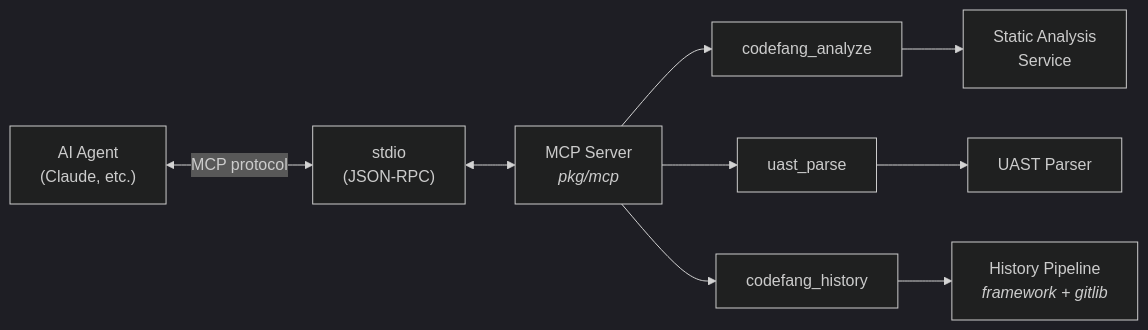
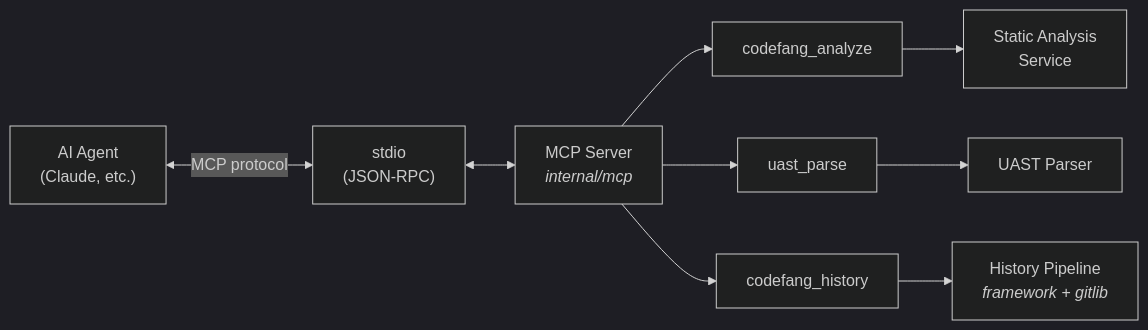
The diagram in site/integrations/mcp.md (Sumatoshi-tech/codefang), drawn with Mermaid (dark theme) before and after one commit. The commit also changed 1055 other files, not shown here.

````diff
--- a/site/integrations/mcp.md
+++ b/site/integrations/mcp.md
@@ -330,19 +330,19 @@
 ```mermaid
 flowchart LR
     AGENT["AI Agent<br/>(Claude, etc.)"]
     STDIO["stdio<br/>(JSON-RPC)"]
-    MCP_SERVER["MCP Server<br/><em>pkg/mcp</em>"]
+    MCP_SERVER["MCP Server<br/><em>internal/mcp</em>"]
     ANALYZE["codefang_analyze"]
     UAST_PARSE["uast_parse"]
     HISTORY["codefang_history"]
 
     STATIC_SVC["Static Analysis<br/>Service"]
     UAST_PARSER["UAST Parser"]
     HIST_PIPELINE["History Pipeline<br/><em>framework + gitlib</em>"]
 
     AGENT <-->|MCP protocol| STDIO
     STDIO <--> MCP_SERVER
     MCP_SERVER --> ANALYZE --> STATIC_SVC
     MCP_SERVER --> UAST_PARSE --> UAST_PARSER
     MCP_SERVER --> HISTORY --> HIST_PIPELINE
 ```
````
